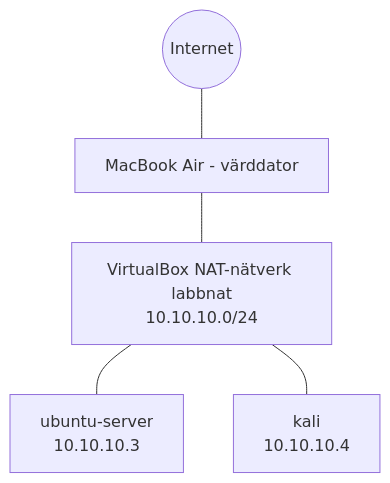
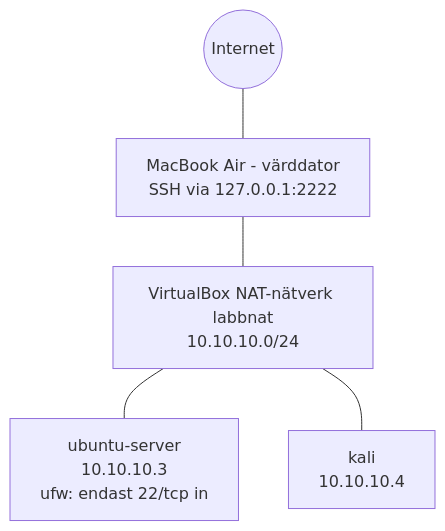
Before and after one commit to askats/hemmalabb: the diagram in README.md, drawn with Mermaid. The commit also changed other lines of this file, not shown here.

````diff
--- a/README.md
+++ b/README.md
@@ -20,12 +22,12 @@
 ```mermaid
 flowchart TB
     internet((Internet))
-    mac[MacBook Air - värddator]
+    mac[MacBook Air - värddator<br/>SSH via 127.0.0.1:2222]
     nat[VirtualBox NAT-nätverk labbnat<br/>10.10.10.0/24]
-    server[ubuntu-server<br/>10.10.10.3]
+    server[ubuntu-server<br/>10.10.10.3<br/>ufw: endast 22/tcp in]
     kali[kali<br/>10.10.10.4]
     internet --- mac
     mac --- nat
     nat --- server
     nat --- kali
 ```
````
